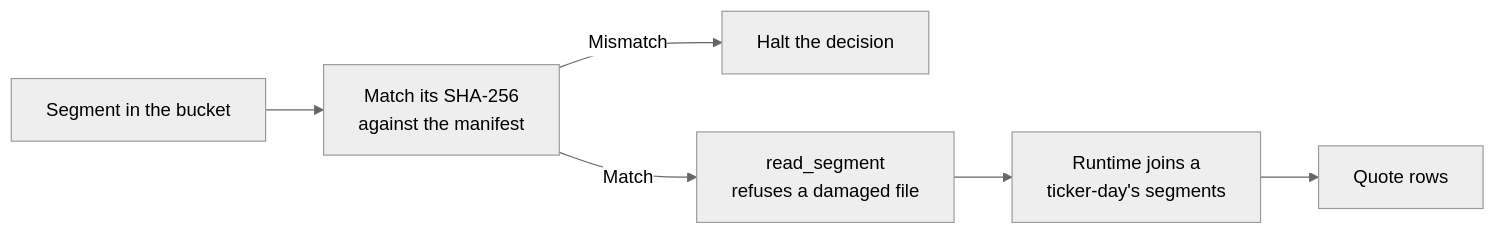
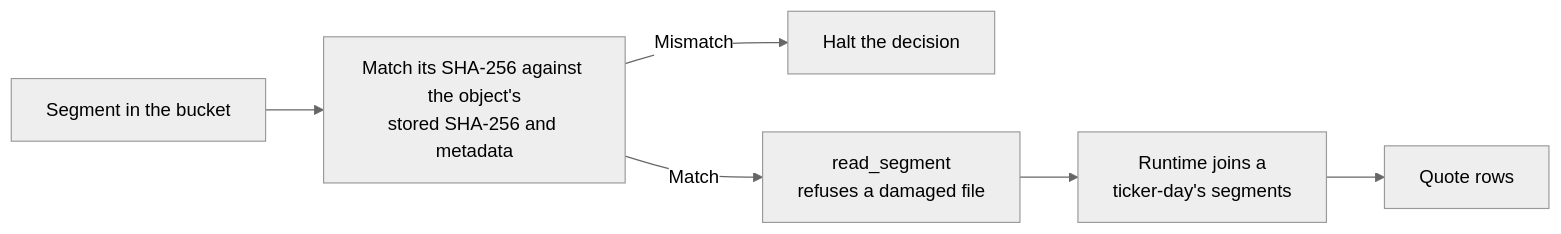
Before and after one commit to l3a0/ithildin-runtime: the seventh of 25 diagrams in docs/architecture.md, drawn with Mermaid (neutral theme). The commit also changed other lines of this file and 3 other files, not shown here.

````diff
--- a/docs/architecture.md
+++ b/docs/architecture.md
@@ -347,8 +349,8 @@
    ```mermaid
    flowchart LR
-       seg["Segment in the bucket"] --> sha["Match its SHA-256<br/>against the manifest"]
+       seg["Segment in the bucket"] --> sha["Match its SHA-256 against the object's<br/>stored SHA-256 and metadata"]
        sha -- "Mismatch" --> halt["Halt the decision"]
        sha -- "Match" --> read["read_segment<br/>refuses a damaged file"]
        read --> join["Runtime joins a<br/>ticker-day's segments"]
        join --> rows["Quote rows"]
    ```
````
